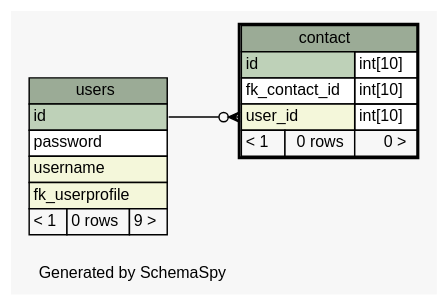
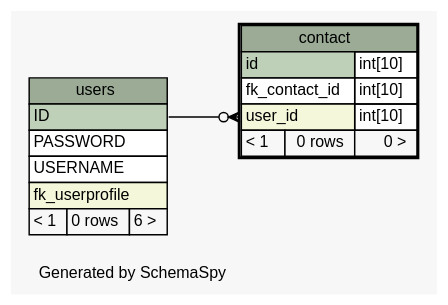
The diagram in doc/db_schema/diagrams/contact.1degree.dot (chr-krenn/chr-krenn-fhj-ws2017-sd17-pse), drawn with Graphviz before and after one commit. The commit also changed 63 other files, not shown here.

Commit message:
update database schema documentation

```diff
--- a/doc/db_schema/diagrams/contact.1degree.dot
+++ b/doc/db_schema/diagrams/contact.1degree.dot
@@ -1,48 +1,48 @@
 // dot 2.40.1 on Linux 4.12.5-300.fc26.x86_64
 // SchemaSpy rev 590
 digraph "oneDegreeRelationshipsDiagram" {
   graph [
     rankdir="RL"
     bgcolor="#f7f7f7"
     label="\nGenerated by SchemaSpy"
     labeljust="l"
     nodesep="0.18"
     ranksep="0.46"
     fontname="Helvetica"
     fontsize="11"
   ];
   node [
     fontname="Helvetica"
     fontsize="11"
     shape="plaintext"
   ];
   edge [
     arrowsize="0.8"
   ];
-  "contact":"user_id":w -> "users":"id":e [arrowhead=none dir=back arrowtail=crowodot];
+  "contact":"user_id":w -> "users":"ID":e [arrowhead=none dir=back arrowtail=crowodot];
   "contact" [
     label=<
     <TABLE BORDER="2" CELLBORDER="1" CELLSPACING="0" BGCOLOR="#ffffff">
       <TR><TD COLSPAN="3" BGCOLOR="#9bab96" ALIGN="CENTER">contact</TD></TR>
       <TR><TD PORT="id" COLSPAN="2" BGCOLOR="#bed1b8" ALIGN="LEFT">id</TD><TD PORT="id.type" ALIGN="LEFT">int[10]</TD></TR>
       <TR><TD PORT="fk_contact_id" COLSPAN="2" ALIGN="LEFT">fk_contact_id</TD><TD PORT="fk_contact_id.type" ALIGN="LEFT">int[10]</TD></TR>
       <TR><TD PORT="user_id" COLSPAN="2" BGCOLOR="#f4f7da" ALIGN="LEFT">user_id</TD><TD PORT="user_id.type" ALIGN="LEFT">int[10]</TD></TR>
       <TR><TD ALIGN="LEFT" BGCOLOR="#f7f7f7">&lt; 1</TD><TD ALIGN="RIGHT" BGCOLOR="#f7f7f7">0 rows</TD><TD ALIGN="RIGHT" BGCOLOR="#f7f7f7">0 &gt;</TD></TR>
     </TABLE>>
     URL="contact.html"
     tooltip="contact"
   ];
   "users" [
     label=<
     <TABLE BORDER="0" CELLBORDER="1" CELLSPACING="0" BGCOLOR="#ffffff">
       <TR><TD COLSPAN="3" BGCOLOR="#9bab96" ALIGN="CENTER">users</TD></TR>
-      <TR><TD PORT="id" COLSPAN="3" BGCOLOR="#bed1b8" ALIGN="LEFT">id</TD></TR>
-      <TR><TD PORT="password" COLSPAN="3" ALIGN="LEFT">password</TD></TR>
-      <TR><TD PORT="username" COLSPAN="3" BGCOLOR="#f4f7da" ALIGN="LEFT">username</TD></TR>
+      <TR><TD PORT="ID" COLSPAN="3" BGCOLOR="#bed1b8" ALIGN="LEFT">ID</TD></TR>
+      <TR><TD PORT="PASSWORD" COLSPAN="3" ALIGN="LEFT">PASSWORD</TD></TR>
+      <TR><TD PORT="USERNAME" COLSPAN="3" ALIGN="LEFT">USERNAME</TD></TR>
       <TR><TD PORT="fk_userprofile" COLSPAN="3" BGCOLOR="#f4f7da" ALIGN="LEFT">fk_userprofile</TD></TR>
-      <TR><TD ALIGN="LEFT" BGCOLOR="#f7f7f7">&lt; 1</TD><TD ALIGN="RIGHT" BGCOLOR="#f7f7f7">0 rows</TD><TD ALIGN="RIGHT" BGCOLOR="#f7f7f7">9 &gt;</TD></TR>
+      <TR><TD ALIGN="LEFT" BGCOLOR="#f7f7f7">&lt; 1</TD><TD ALIGN="RIGHT" BGCOLOR="#f7f7f7">0 rows</TD><TD ALIGN="RIGHT" BGCOLOR="#f7f7f7">6 &gt;</TD></TR>
     </TABLE>>
     URL="users.html"
     tooltip="users"
   ];
 }
```
